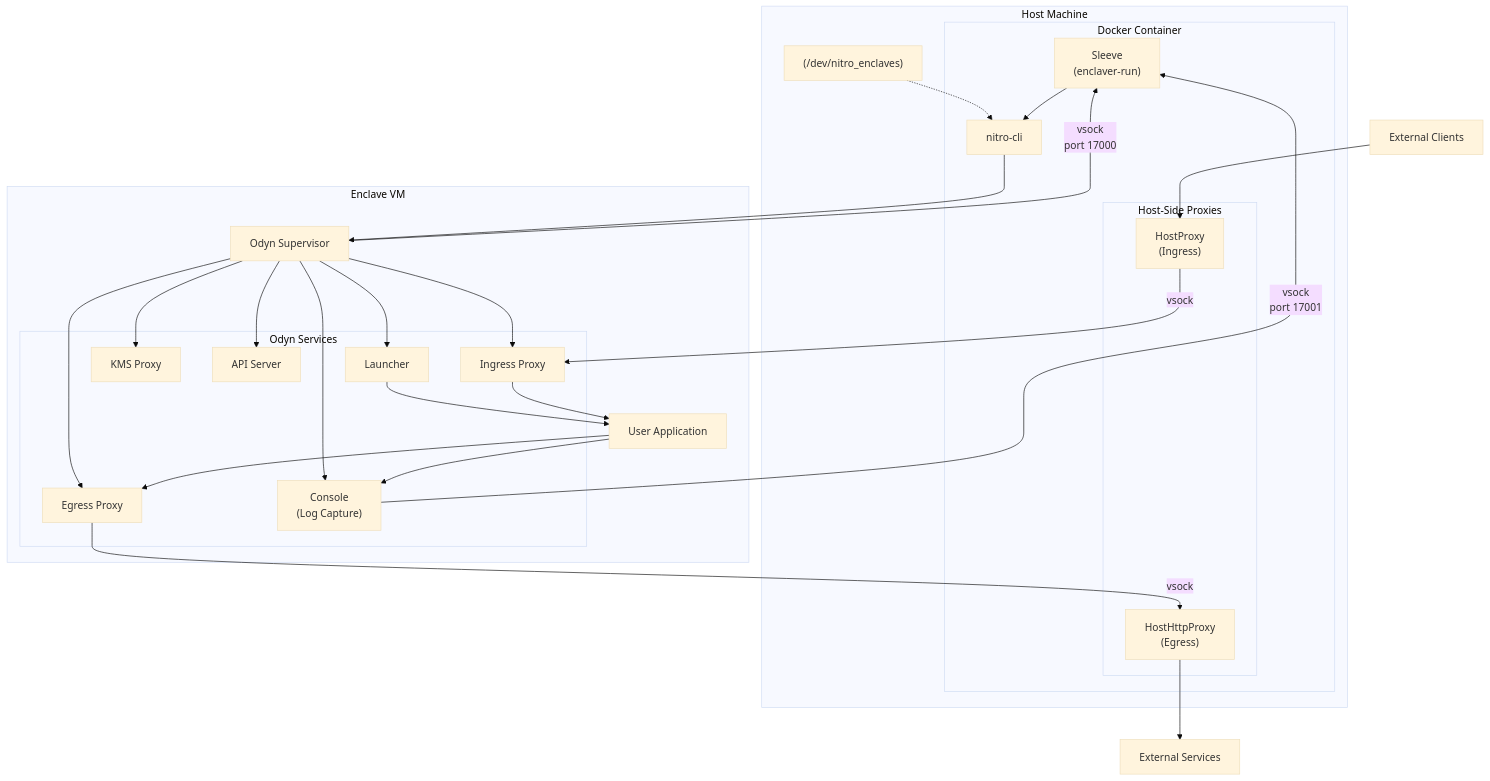
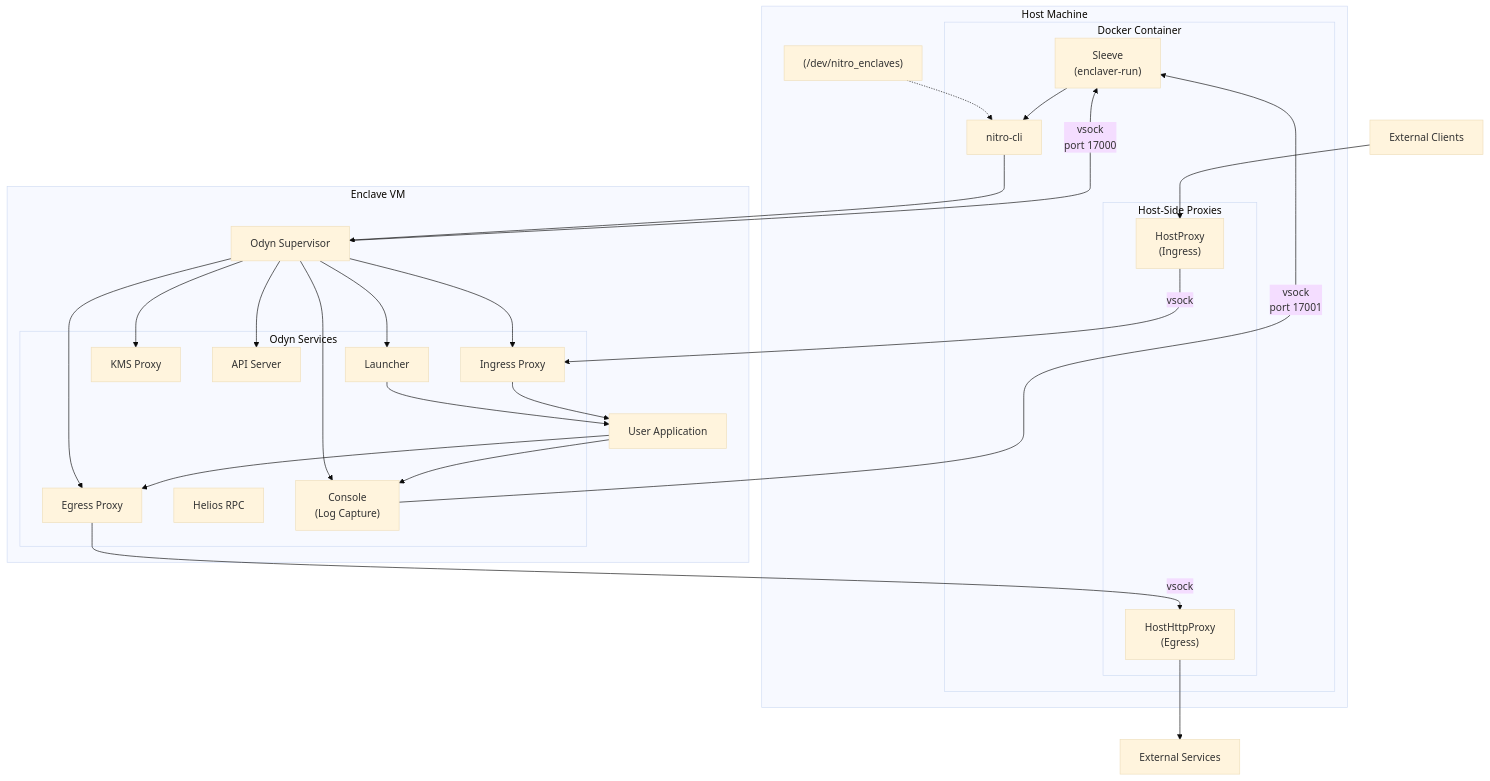
One commit to sparsity-xyz/nova-enclave-capsule changed the seventh of 7 diagrams in docs/architecture.md. Above: the diagram before and after it, drawn with Mermaid (base theme). The commit also changed other lines of this file and 2 other files, not shown here.

````diff
--- a/docs/architecture.md
+++ b/docs/architecture.md
@@ -372,60 +375,61 @@
 ```mermaid
 graph TB
     subgraph "Host Machine"
         subgraph "Docker Container"
             SLEEVE["Sleeve<br/>(enclaver-run)"]
             NITRO_CLI["nitro-cli"]
             
             subgraph "Host-Side Proxies"
                 HOST_INGRESS["HostProxy<br/>(Ingress)"]
                 HOST_EGRESS["HostHttpProxy<br/>(Egress)"]
             end
         end
         
         DEV["(/dev/nitro_enclaves)"]
     end
     
     subgraph "Enclave VM"
         ODYN["Odyn Supervisor"]
         
         subgraph "Odyn Services"
             ENCLAVE_INGRESS["Ingress Proxy"]
             ENCLAVE_EGRESS["Egress Proxy"]
             KMS_PROXY["KMS Proxy"]
             API["API Server"]
+            HELIOS["Helios RPC"]
             CONSOLE["Console<br/>(Log Capture)"]
             LAUNCHER["Launcher"]
         end
         
         APP["User Application"]
     end
     
     EXTERNAL_CLIENT["External Clients"]
     EXTERNAL_SERVICES["External Services"]
     
     %% Connections
     DEV -.-> NITRO_CLI
     SLEEVE --> NITRO_CLI
     NITRO_CLI --> ODYN
     
     ODYN --> ENCLAVE_INGRESS
     ODYN --> ENCLAVE_EGRESS
     ODYN --> KMS_PROXY
     ODYN --> API
     ODYN --> CONSOLE
     ODYN --> LAUNCHER
     
     LAUNCHER --> APP
     
     EXTERNAL_CLIENT --> HOST_INGRESS
     HOST_INGRESS -->|"vsock"| ENCLAVE_INGRESS
     ENCLAVE_INGRESS --> APP
     
     APP --> ENCLAVE_EGRESS
     ENCLAVE_EGRESS -->|"vsock"| HOST_EGRESS
     HOST_EGRESS --> EXTERNAL_SERVICES
     
     APP --> CONSOLE
     CONSOLE -->|"vsock<br/>port 17001"| SLEEVE
     ODYN -->|"vsock<br/>port 17000"| SLEEVE
 ```
````
